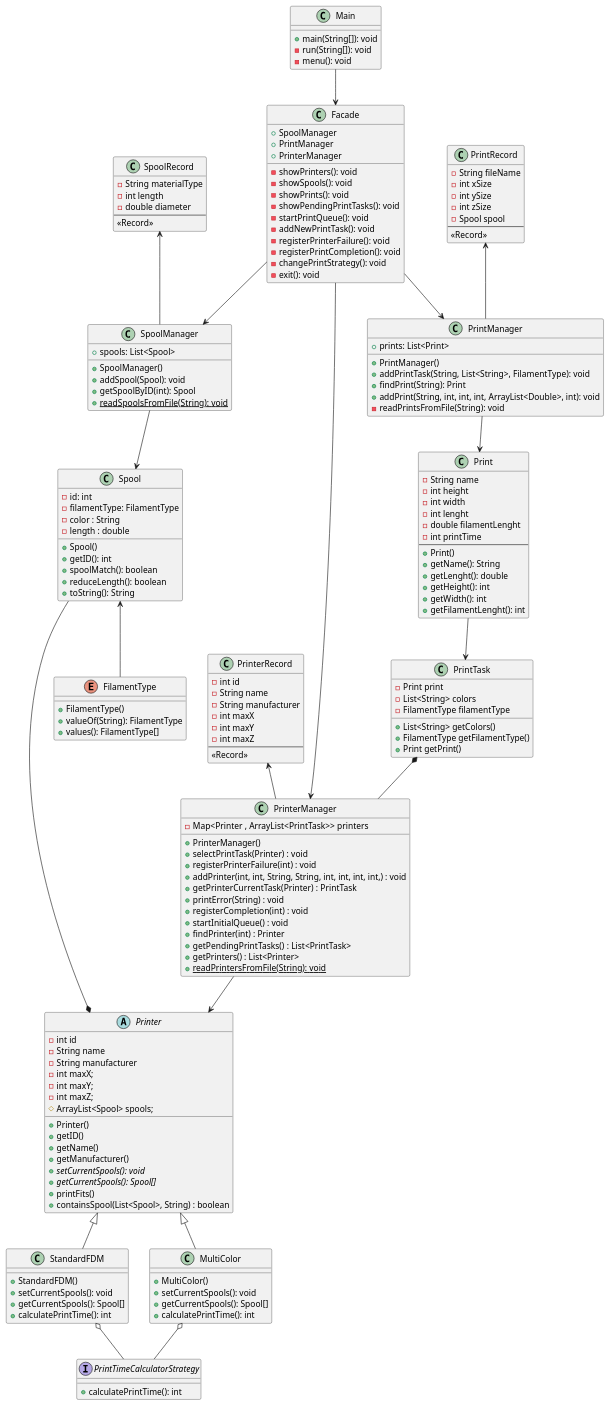
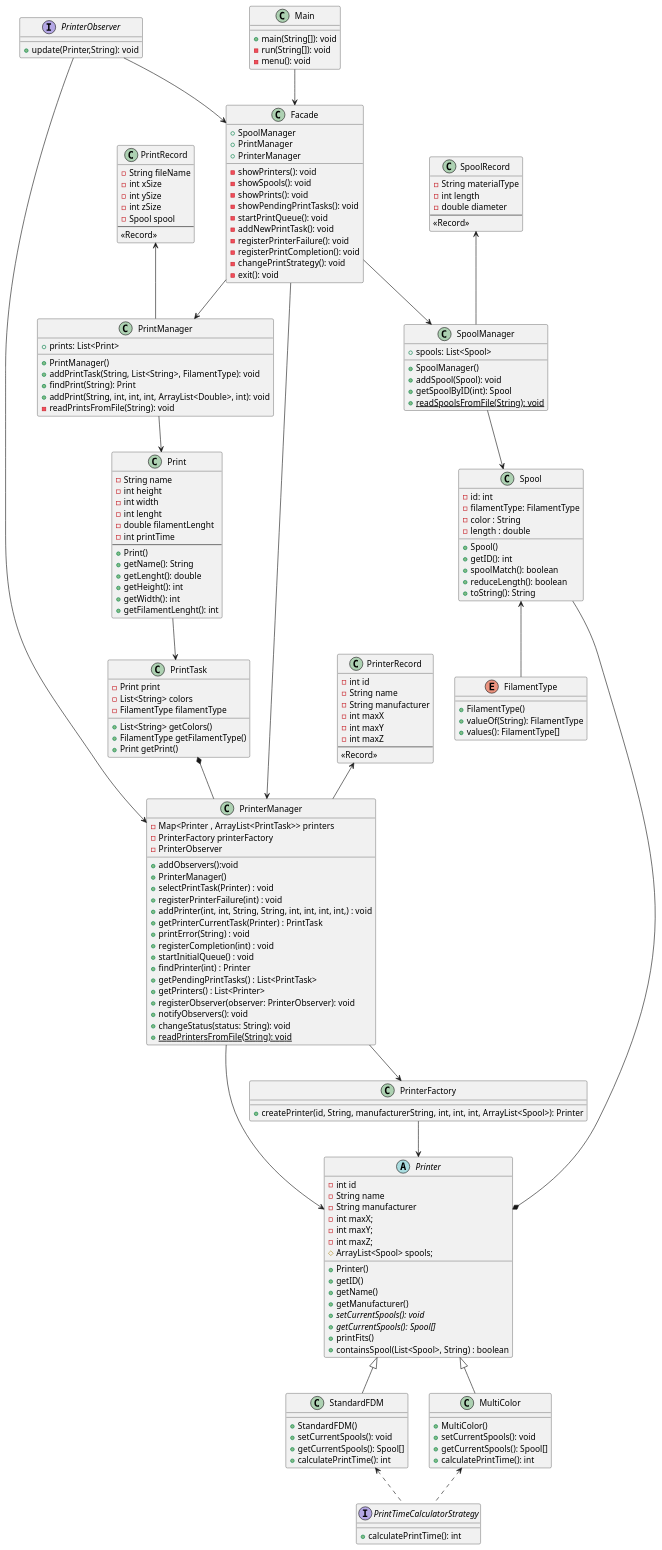
Before and after one commit to rtavares14/System-Design: the diagram in docs/Diagrams/full diagrams/Class Diagram 2.1 1part.puml, drawn with PlantUML.

Commit message:
ugly ass diagram

```diff
--- a/docs/Diagrams/full diagrams/Class Diagram 2.1 1part.puml
+++ b/docs/Diagrams/full diagrams/Class Diagram 2.1 1part.puml
@@ -42,6 +42,9 @@
 
 class PrinterManager {
        - Map<Printer , ArrayList<PrintTask>> printers
+       - PrinterFactory printerFactory
+       - PrinterObserver
+       + addObservers():void
        + PrinterManager()
        + selectPrintTask(Printer) : void
        + registerPrinterFailure(int) : void
@@ -53,6 +56,9 @@
      + findPrinter(int) : Printer
      + getPendingPrintTasks() : List<PrintTask>
      + getPrinters() : List<Printer>
+ + registerObserver(observer: PrinterObserver): void
+    + notifyObservers(): void
+    + changeStatus(status: String): void
      + {static}readPrintersFromFile(String): void
 }
 
@@ -166,6 +172,17 @@
   + values(): FilamentType[]
 }
 
+class PrinterFactory {
+    + createPrinter(id, String, manufacturerString, int, int, int, ArrayList<Spool>): Printer
+}
+interface PrinterObserver{
++ update(Printer,String): void
+}
+
+PrinterManager --> PrinterFactory
+PrinterFactory --> Printer
+PrinterObserver --> Facade
+PrinterObserver --> PrinterManager
 
 Main -down-> Facade
 
@@ -183,8 +200,8 @@
 PrinterManager -down-> Printer
 Printer <|-- StandardFDM
 Printer <|-- MultiColor
-StandardFDM o-- PrintTimeCalculatorStrategy
-MultiColor o-- PrintTimeCalculatorStrategy
+StandardFDM <.. PrintTimeCalculatorStrategy
+MultiColor <.. PrintTimeCalculatorStrategy
 
 
 
```
